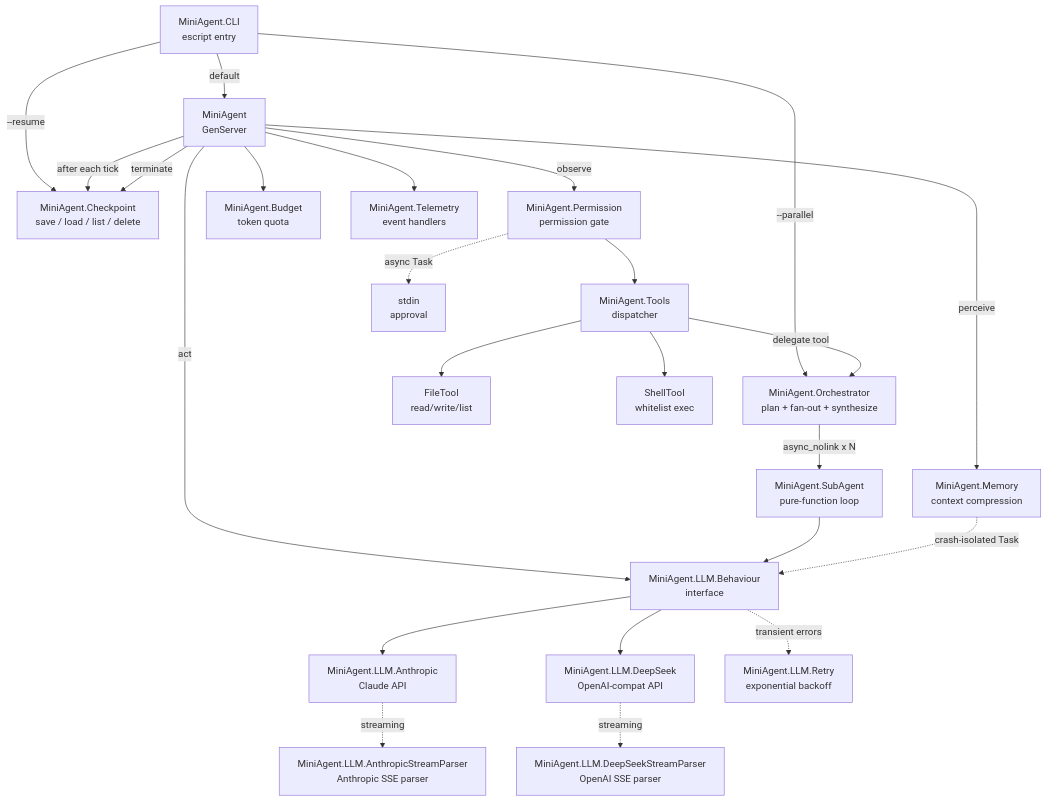
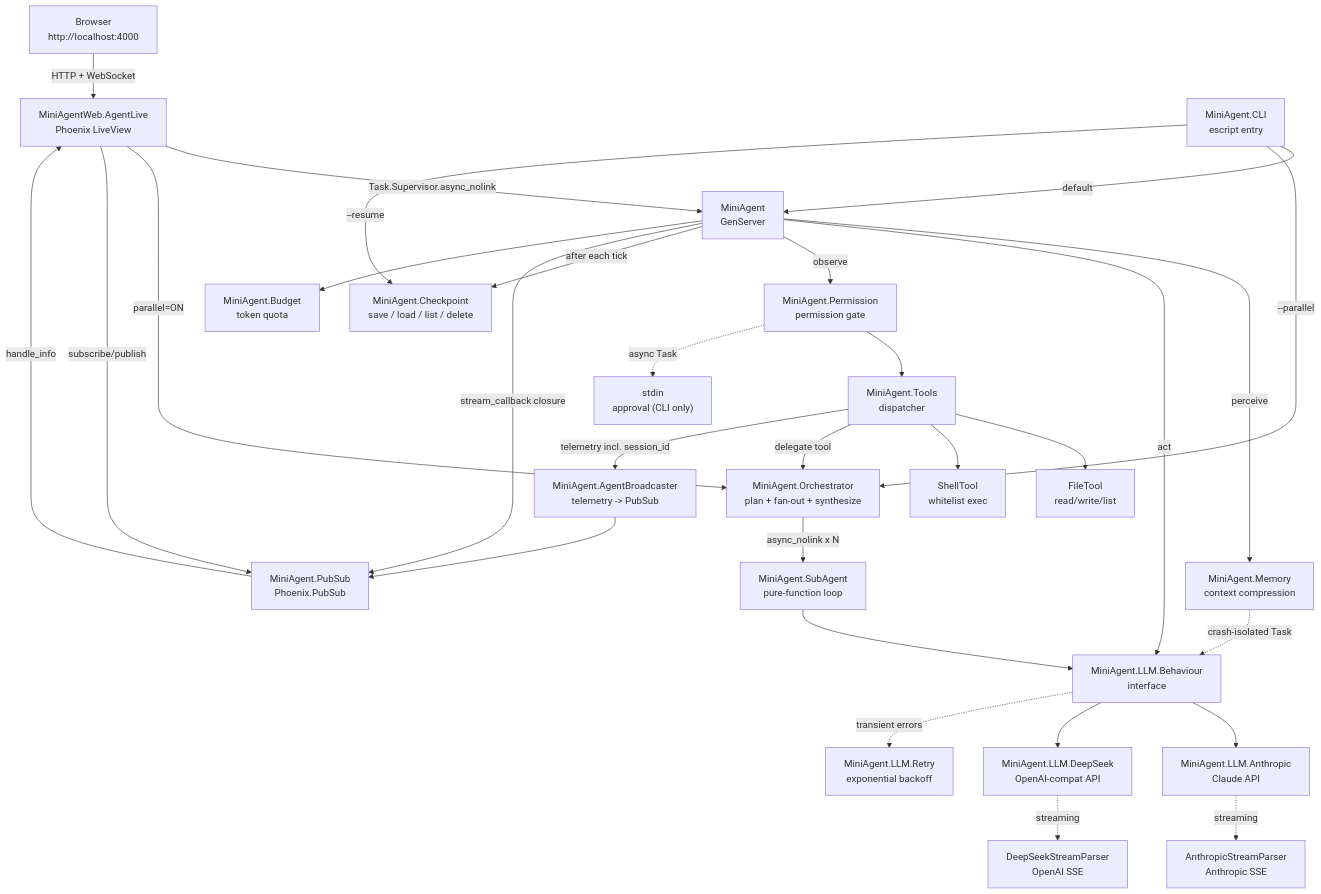
The first of 2 diagrams in README.md (brianpht/mini_agent), drawn with Mermaid before and after one commit. The commit also changed other lines of this file and 15 other files, not shown here.

Commit message:
feat: add Phoenix LiveView support with web UI for real-time interaction and session management

````diff
--- a/README.md
+++ b/README.md
@@ -26,26 +30,32 @@
 ```mermaid
 flowchart TD
+    Browser["Browser\nhttp://localhost:4000"] -->|HTTP + WebSocket| LV["MiniAgentWeb.AgentLive\nPhoenix LiveView"]
     CLI["MiniAgent.CLI\nescript entry"] -->|default| GS["MiniAgent\nGenServer"]
     CLI -->|--parallel| ORC["MiniAgent.Orchestrator\nplan + fan-out + synthesize"]
     CLI -->|--resume| CKP["MiniAgent.Checkpoint\nsave / load / list / delete"]
+    LV -->|"Task.Supervisor.async_nolink"| GS
+    LV -->|"parallel=ON"| ORC
+    LV -->|subscribe/publish| PS["MiniAgent.PubSub\nPhoenix.PubSub"]
+    BC["MiniAgent.AgentBroadcaster\ntelemetry -> PubSub"] --> PS
+    PS -->|handle_info| LV
     GS -->|perceive| MEM["MiniAgent.Memory\ncontext compression"]
     GS -->|act| BEH["MiniAgent.LLM.Behaviour\ninterface"]
     BEH --> ANT["MiniAgent.LLM.Anthropic\nClaude API"]
     BEH --> DS["MiniAgent.LLM.DeepSeek\nOpenAI-compat API"]
-    ANT -.->|streaming| ASP["MiniAgent.LLM.AnthropicStreamParser\nAnthropic SSE parser"]
-    DS -.->|streaming| DSP["MiniAgent.LLM.DeepSeekStreamParser\nOpenAI SSE parser"]
+    ANT -.->|streaming| ASP["AnthropicStreamParser\nAnthropic SSE"]
+    DS -.->|streaming| DSP["DeepSeekStreamParser\nOpenAI SSE"]
     BEH -.->|transient errors| RET["MiniAgent.LLM.Retry\nexponential backoff"]
     GS -->|observe| PERM["MiniAgent.Permission\npermission gate"]
     PERM --> TOOLS["MiniAgent.Tools\ndispatcher"]
     TOOLS --> FT["FileTool\nread/write/list"]
     TOOLS --> ST["ShellTool\nwhitelist exec"]
     TOOLS -->|delegate tool| ORC
+    TOOLS -->|telemetry incl. session_id| BC
     ORC -->|async_nolink x N| SUB["MiniAgent.SubAgent\npure-function loop"]
     SUB --> BEH
     GS -->|after each tick| CKP
-    GS -->|terminate| CKP
+    GS -->|stream_callback closure| PS
     GS --> BUD["MiniAgent.Budget\ntoken quota"]
-    GS --> TEL["MiniAgent.Telemetry\nevent handlers"]
     MEM -.->|crash-isolated Task| BEH
-    PERM -.->|async Task| IO["stdin\napproval"]
+    PERM -.->|async Task| IO["stdin\napproval (CLI only)"]
 ```
````
